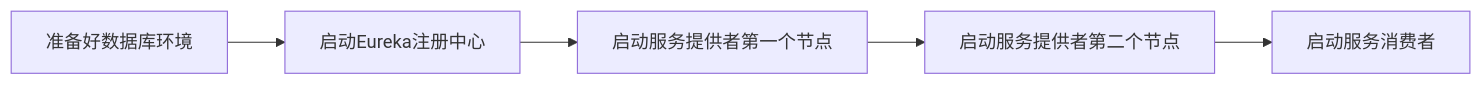
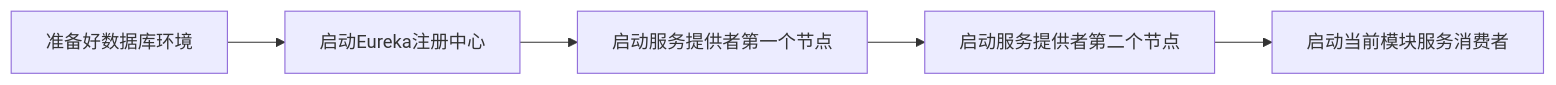
The diagram in docs/blogs/backend/springcloud/springcloud-eureka/shardings/springcloud-eureka-chapter-4.搭建第一个微服务应用.md (lingwh1995/blog), drawn with Mermaid before and after one commit. The commit also changed 47 other files, not shown here.

````diff
--- a/docs/blogs/backend/springcloud/springcloud-eureka/shardings/springcloud-eureka-chapter-4.搭建第一个微服务应用.md
+++ b/docs/blogs/backend/springcloud/springcloud-eureka/shardings/springcloud-eureka-chapter-4.搭建第一个微服务应用.md
@@ -135,7 +135,7 @@
 ```mermaid
 flowchart LR
     准备好数据库环境-->启动Eureka注册中心
     启动Eureka注册中心-->启动服务提供者第一个节点
     启动服务提供者第一个节点-->启动服务提供者第二个节点
-    启动服务提供者第二个节点-->启动服务消费者
+    启动服务提供者第二个节点-->启动当前模块服务消费者
 ```
````
